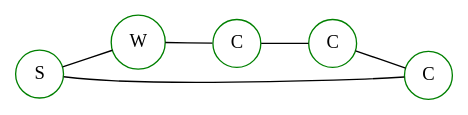
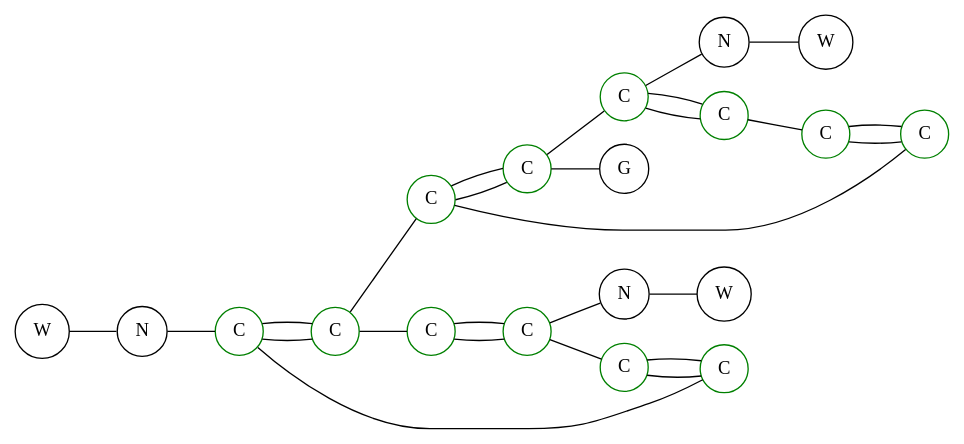
The diagram in wln-graph.dot (Mblakey/wiswesser), drawn with Graphviz before and after one commit. The commit also changed 2 other files, not shown here.

```diff
--- a/wln-graph.dot
+++ b/wln-graph.dot
@@ -1,13 +1,48 @@
 digraph WLNdigraph {
   rankdir = LR;
-  1[shape=circle,label="S",color=green];
+  1[shape=circle,label="W"];
   1 -> 2 [arrowhead=none]
-  1 -> 5 [arrowhead=none]
-  2[shape=circle,label="W",color=green];
+  2[shape=circle,label="N"];
   2 -> 3 [arrowhead=none]
   3[shape=circle,label="C",color=green];
   3 -> 4 [arrowhead=none]
+  3 -> 4 [arrowhead=none]
+  3 -> 8 [arrowhead=none]
   4[shape=circle,label="C",color=green];
   4 -> 5 [arrowhead=none]
+  4 -> 11 [arrowhead=none]
   5[shape=circle,label="C",color=green];
+  5 -> 6 [arrowhead=none]
+  5 -> 6 [arrowhead=none]
+  6[shape=circle,label="C",color=green];
+  6 -> 7 [arrowhead=none]
+  6 -> 9 [arrowhead=none]
+  7[shape=circle,label="C",color=green];
+  7 -> 8 [arrowhead=none]
+  7 -> 8 [arrowhead=none]
+  8[shape=circle,label="C",color=green];
+  9[shape=circle,label="N"];
+  9 -> 10 [arrowhead=none]
+  10[shape=circle,label="W"];
+  11[shape=circle,label="C",color=green];
+  11 -> 12 [arrowhead=none]
+  11 -> 12 [arrowhead=none]
+  11 -> 16 [arrowhead=none]
+  12[shape=circle,label="C",color=green];
+  12 -> 13 [arrowhead=none]
+  12 -> 17 [arrowhead=none]
+  13[shape=circle,label="C",color=green];
+  13 -> 14 [arrowhead=none]
+  13 -> 14 [arrowhead=none]
+  13 -> 18 [arrowhead=none]
+  14[shape=circle,label="C",color=green];
+  14 -> 15 [arrowhead=none]
+  15[shape=circle,label="C",color=green];
+  15 -> 16 [arrowhead=none]
+  15 -> 16 [arrowhead=none]
+  16[shape=circle,label="C",color=green];
+  17[shape=circle,label="G"];
+  18[shape=circle,label="N"];
+  18 -> 19 [arrowhead=none]
+  19[shape=circle,label="W"];
 }
```
